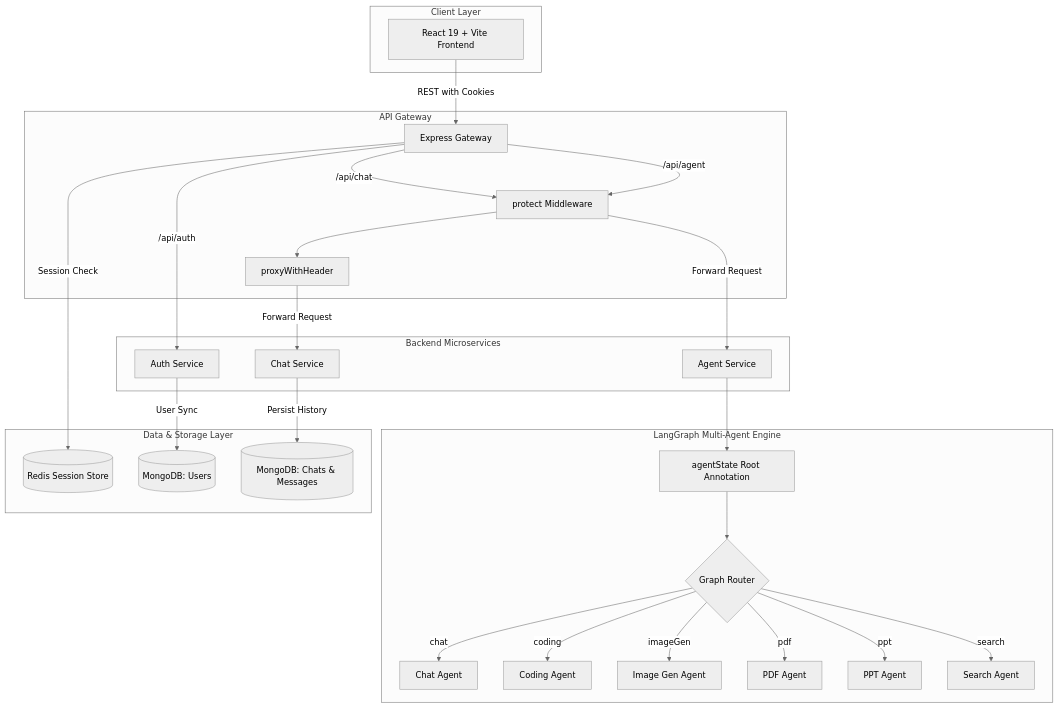
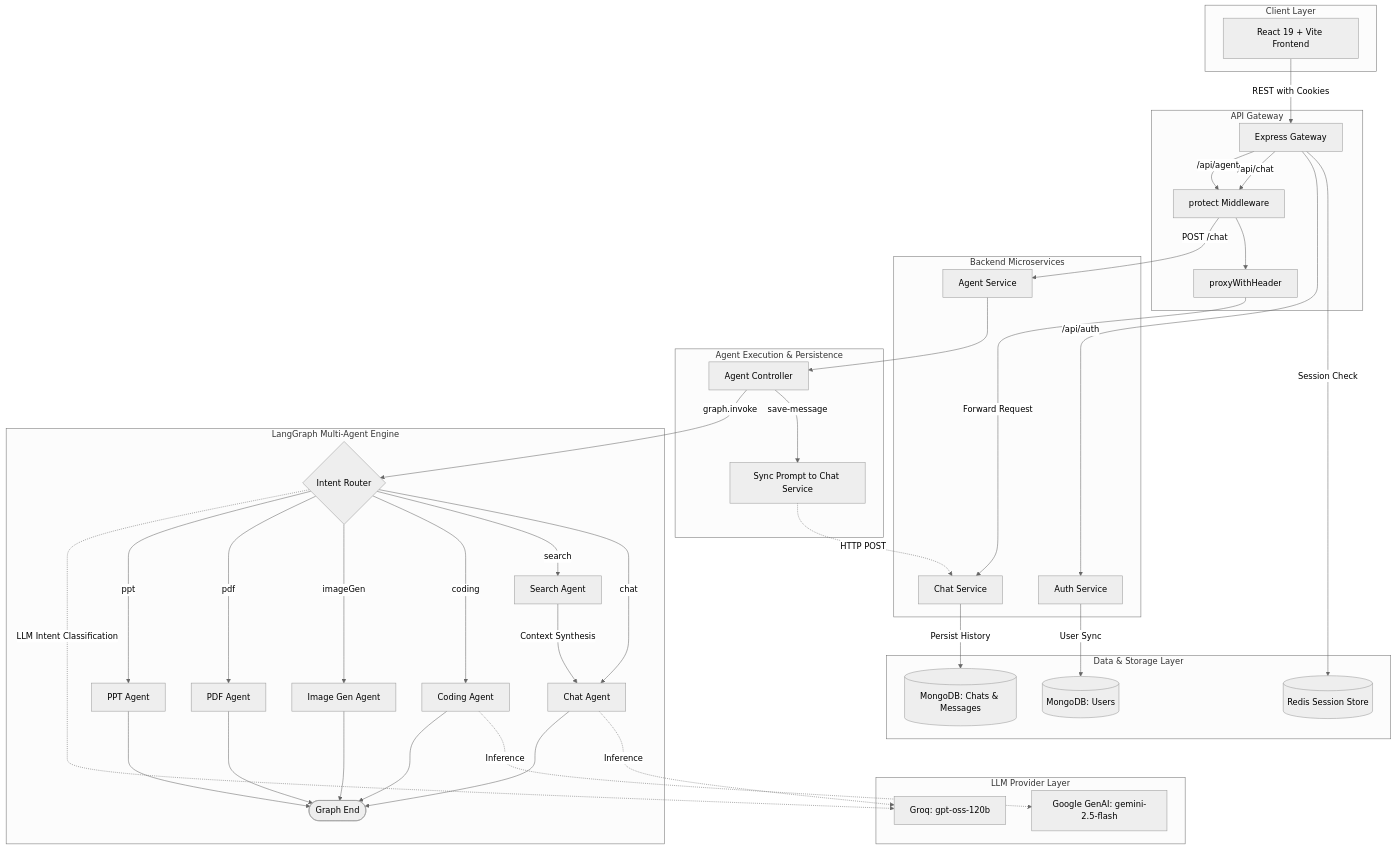
One commit to mdKaif-04/nexus_node changed the diagram in README.md. Above: the diagram before and after it, drawn with Mermaid (neutral theme). The commit also changed other lines of this file and 10 other files, not shown here.

Commit message:
backend for chat agent with llm api setup done

````diff
--- a/README.md
+++ b/README.md
@@ -27,57 +29,81 @@
 ```mermaid
 flowchart TD
     subgraph Client [Client Layer]
         UI["React 19 + Vite Frontend"]
     end
 
     subgraph Gateway [API Gateway]
         GW["Express Gateway"]
         AuthMiddleware["protect Middleware"]
         HeaderEnricher["proxyWithHeader"]
     end
 
     subgraph DataLayer [Data & Storage Layer]
         Redis[("Redis Session Store")]
         MongoUsers[("MongoDB: Users")]
         MongoChats[("MongoDB: Chats & Messages")]
     end
 
     subgraph Services [Backend Microservices]
         AuthService["Auth Service"]
         ChatService["Chat Service"]
         AgentService["Agent Service"]
     end
 
+    subgraph AgentPipeline [Agent Execution & Persistence]
+        AgentCtrl["Agent Controller"]
+        SaveUserMsg["Sync Prompt to Chat Service"]
+    end
+
+    subgraph ModelLayer [LLM Provider Layer]
+        GroqLLM["Groq: gpt-oss-120b"]
+        GeminiLLM["Google GenAI: gemini-2.5-flash"]
+    end
+
     subgraph AgentGraph [LangGraph Multi-Agent Engine]
-        StateDef["agentState Root Annotation"]
-        Router{"Graph Router"}
+        Router{"Intent Router"}
         ChatAgent["Chat Agent"]
         CodingAgent["Coding Agent"]
         ImageAgent["Image Gen Agent"]
         PDFAgent["PDF Agent"]
         PPTAgent["PPT Agent"]
         SearchAgent["Search Agent"]
+        GraphEnd(["Graph End"])
     end
 
     UI -->|REST with Cookies| GW
     GW -->|Session Check| Redis
     GW -->|/api/auth| AuthService
     GW -->|/api/chat| AuthMiddleware
     GW -->|/api/agent| AuthMiddleware
 
     AuthMiddleware --> HeaderEnricher
     HeaderEnricher -->|Forward Request| ChatService
-    AuthMiddleware -->|Forward Request| AgentService
+    AuthMiddleware -->|POST /chat| AgentService
 
     AuthService -->|User Sync| MongoUsers
     ChatService -->|Persist History| MongoChats
 
-    AgentService --> StateDef
-    StateDef --> Router
+    AgentService --> AgentCtrl
+    AgentCtrl -->|save-message| SaveUserMsg
+    SaveUserMsg -.->|HTTP POST| ChatService
+    AgentCtrl -->|graph.invoke| Router
+
     Router -->|chat| ChatAgent
+    Router -->|search| SearchAgent
     Router -->|coding| CodingAgent
     Router -->|imageGen| ImageAgent
     Router -->|pdf| PDFAgent
     Router -->|ppt| PPTAgent
-    Router -->|search| SearchAgent
+
+    Router -.->|LLM Intent Classification| GroqLLM
+    ChatAgent -.->|Inference| GroqLLM
+    CodingAgent -.->|Inference| GeminiLLM
+
+    SearchAgent -->|Context Synthesis| ChatAgent
+    ChatAgent --> GraphEnd
+    CodingAgent --> GraphEnd
+    ImageAgent --> GraphEnd
+    PDFAgent --> GraphEnd
+    PPTAgent --> GraphEnd
 ```
````
